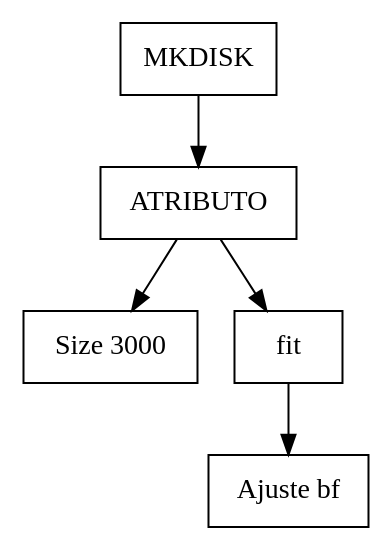
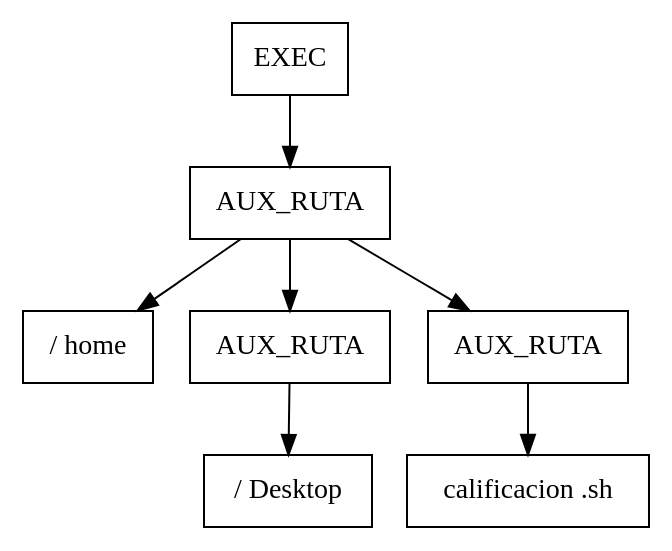
Before and after one commit to raulxiloj/FileSystem_1: the diagram in build-FileSystem_1-Desktop_Qt_5_12_1_GCC_64bit-Debug/temp.dot, drawn with Graphviz. The commit also changed 11 other files, not shown here.

```diff
--- a/build-FileSystem_1-Desktop_Qt_5_12_1_GCC_64bit-Debug/temp.dot
+++ b/build-FileSystem_1-Desktop_Qt_5_12_1_GCC_64bit-Debug/temp.dot
@@ -1,12 +1,16 @@
 digraph G{
 node [shape="box"]
-NodoAST0[label="MKDISK"];
-NodoAST1[label= "ATRIBUTO "];
+NodoAST0[label="EXEC"];
+NodoAST1[label= "AUX_RUTA "];
 NodoAST0->NodoAST1;
-NodoAST2[label= "Size 3000"];
+NodoAST2[label= "/ home"];
 NodoAST1->NodoAST2;
-NodoAST3[label= "fit "];
+NodoAST3[label= "AUX_RUTA "];
 NodoAST1->NodoAST3;
-NodoAST4[label= "Ajuste bf"];
+NodoAST4[label= "/ Desktop"];
 NodoAST3->NodoAST4;
+NodoAST5[label= "AUX_RUTA "];
+NodoAST1->NodoAST5;
+NodoAST6[label= "calificacion .sh"];
+NodoAST5->NodoAST6;
 }
```
